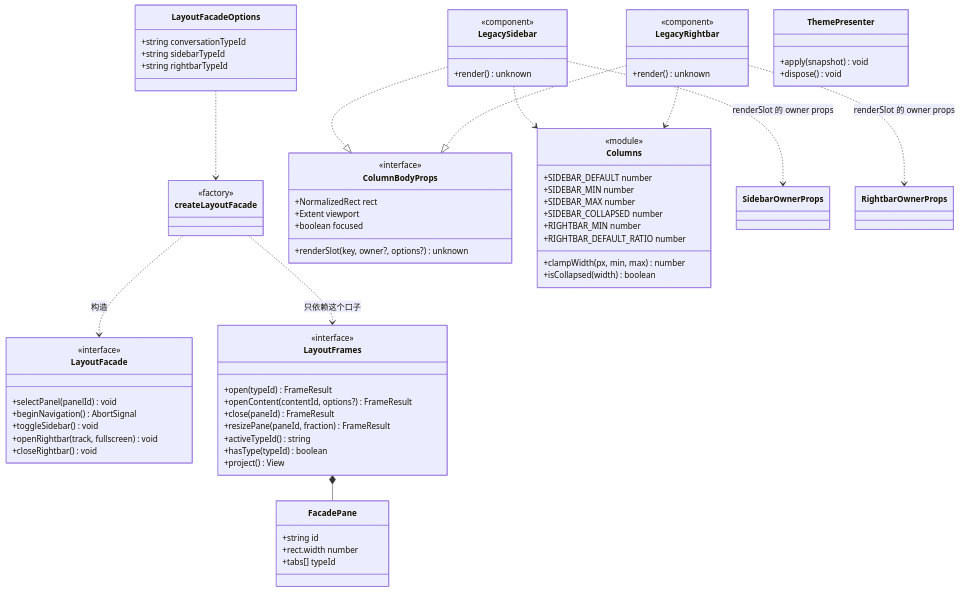
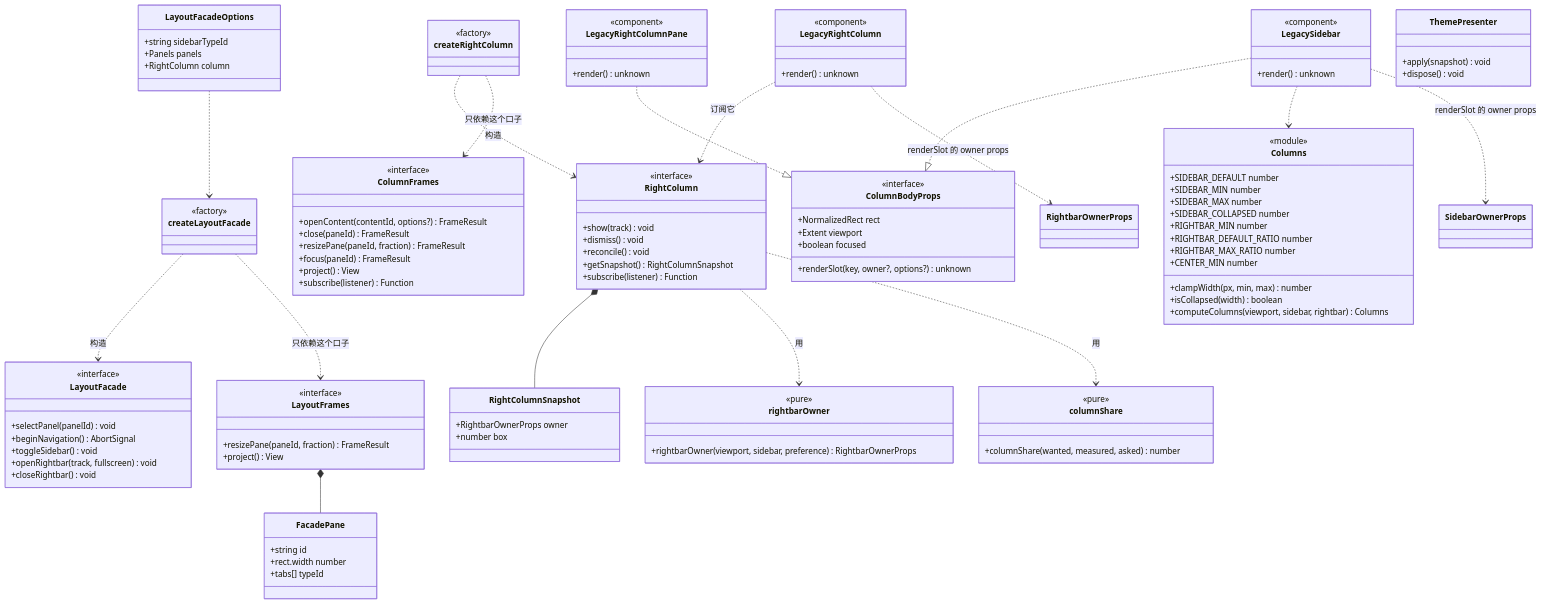
Before and after one commit to AllenSue/dsh-frame-ui-compat: the third of 4 diagrams in DESIGN.md, drawn with Mermaid. The commit also changed other lines of this file and 9 other files, not shown here.

````diff
--- a/DESIGN.md
+++ b/DESIGN.md
@@ -114,18 +128,13 @@
     }
     class LayoutFrames {
         <<interface>>
-        +open(typeId) FrameResult
-        +openContent(contentId, options?) FrameResult
-        +close(paneId) FrameResult
         +resizePane(paneId, fraction) FrameResult
-        +activeTypeId() string
-        +hasType(typeId) boolean
         +project() View
     }
     class LayoutFacadeOptions {
-        +string conversationTypeId
         +string sidebarTypeId
-        +string rightbarTypeId
+        +Panels panels
+        +RightColumn column
     }
     class FacadePane {
         +string id
@@ -134,6 +143,39 @@
     }
     class createLayoutFacade {
         <<factory>>
+    }
+
+    class ColumnFrames {
+        <<interface>>
+        +openContent(contentId, options?) FrameResult
+        +close(paneId) FrameResult
+        +resizePane(paneId, fraction) FrameResult
+        +focus(paneId) FrameResult
+        +project() View
+        +subscribe(listener) Function
+    }
+    class RightColumn {
+        <<interface>>
+        +show(track) void
+        +dismiss() void
+        +reconcile() void
+        +getSnapshot() RightColumnSnapshot
+        +subscribe(listener) Function
+    }
+    class RightColumnSnapshot {
+        +RightbarOwnerProps owner
+        +number box
+    }
+    class createRightColumn {
+        <<factory>>
+    }
+    class rightbarOwner {
+        <<pure>>
+        +rightbarOwner(viewport, sidebar, preference) RightbarOwnerProps
+    }
+    class columnShare {
+        <<pure>>
+        +columnShare(wanted, measured, asked) number
     }
 
     class ColumnBodyProps {
@@ -147,7 +189,11 @@
         <<component>>
         +render() unknown
     }
-    class LegacyRightbar {
+    class LegacyRightColumn {
+        <<component>>
+        +render() unknown
+    }
+    class LegacyRightColumnPane {
         <<component>>
         +render() unknown
     }
@@ -159,8 +205,11 @@
         +SIDEBAR_COLLAPSED number
         +RIGHTBAR_MIN number
         +RIGHTBAR_DEFAULT_RATIO number
+        +RIGHTBAR_MAX_RATIO number
+        +CENTER_MIN number
         +clampWidth(px, min, max) number
         +isCollapsed(width) boolean
+        +computeColumns(viewport, sidebar, rightbar) Columns
     }
     class ThemePresenter {
         +apply(snapshot) void
@@ -171,10 +220,15 @@
     createLayoutFacade ..> LayoutFrames : 只依赖这个口子
     LayoutFacadeOptions ..> createLayoutFacade
     LayoutFrames *-- FacadePane
+    createRightColumn ..> RightColumn : 构造
+    createRightColumn ..> ColumnFrames : 只依赖这个口子
+    RightColumn *-- RightColumnSnapshot
+    RightColumn ..> rightbarOwner : 用
+    RightColumn ..> columnShare : 用
     LegacySidebar ..|> ColumnBodyProps
-    LegacyRightbar ..|> ColumnBodyProps
+    LegacyRightColumnPane ..|> ColumnBodyProps
     LegacySidebar ..> Columns
-    LegacyRightbar ..> Columns
+    LegacyRightColumn ..> RightColumn : 订阅它
     LegacySidebar ..> SidebarOwnerProps : renderSlot 的 owner props
-    LegacyRightbar ..> RightbarOwnerProps : renderSlot 的 owner props
+    LegacyRightColumn ..> RightbarOwnerProps : renderSlot 的 owner props
 ```
````
